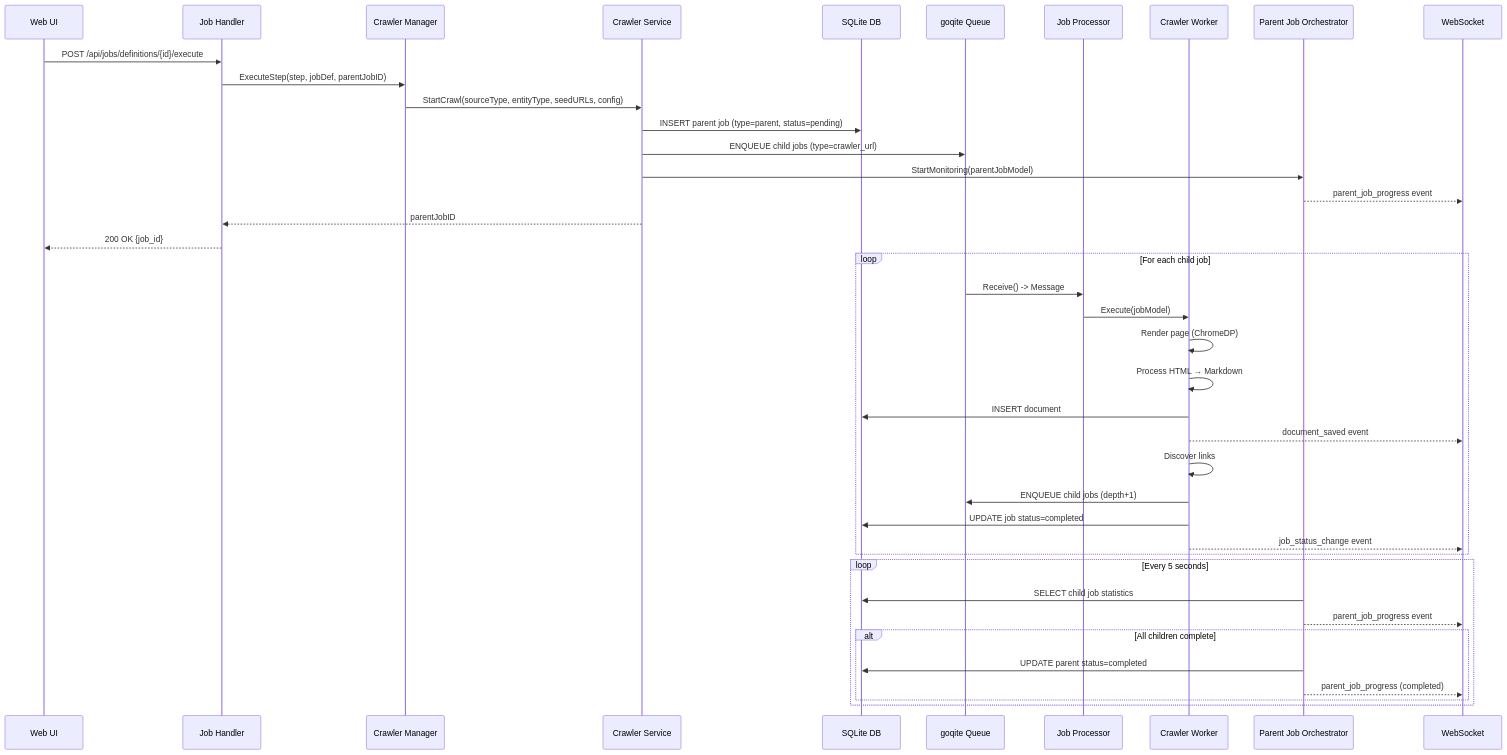
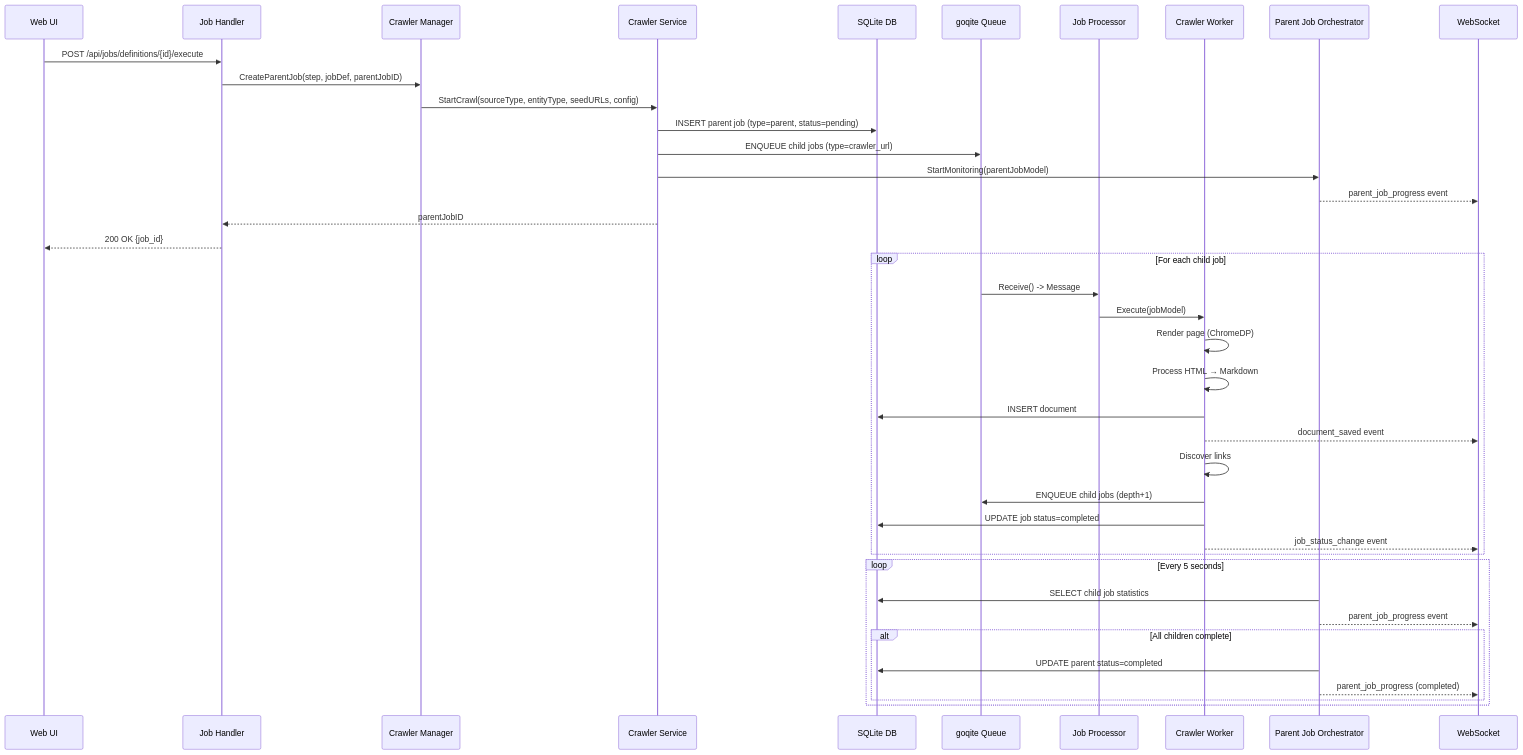
One commit to ternarybob/quaero changed the second of 2 diagrams in docs/architecture/MANAGER_WORKER_ARCHITECTURE.md. Above: the diagram before and after it, drawn with Mermaid. The commit also changed other lines of this file and 62 other files, not shown here.

````diff
--- a/docs/architecture/MANAGER_WORKER_ARCHITECTURE.md
+++ b/docs/architecture/MANAGER_WORKER_ARCHITECTURE.md
@@ -227,48 +227,48 @@
 ```mermaid
 sequenceDiagram
     participant UI as Web UI
     participant Handler as Job Handler
     participant Manager as Crawler Manager
     participant Service as Crawler Service
     participant DB as SQLite DB
     participant Queue as goqite Queue
     participant Processor as Job Processor
     participant Worker as Crawler Worker
     participant Orchestrator as Parent Job Orchestrator
     participant WS as WebSocket
 
     %% Phase 1: Job Creation (Orchestration Layer)
     UI->>Handler: POST /api/jobs/definitions/{id}/execute
-    Handler->>Manager: ExecuteStep(step, jobDef, parentJobID)
+    Handler->>Manager: CreateParentJob(step, jobDef, parentJobID)
     Manager->>Service: StartCrawl(sourceType, entityType, seedURLs, config)
     Service->>DB: INSERT parent job (type=parent, status=pending)
     Service->>Queue: ENQUEUE child jobs (type=crawler_url)
     Service->>Orchestrator: StartMonitoring(parentJobModel)
     Orchestrator-->>WS: parent_job_progress event
     Service-->>Handler: parentJobID
     Handler-->>UI: 200 OK {job_id}
 
     %% Phase 2: Job Execution (Worker Layer)
     loop For each child job
         Queue->>Processor: Receive() -> Message
         Processor->>Worker: Execute(jobModel)
         Worker->>Worker: Render page (ChromeDP)
         Worker->>Worker: Process HTML → Markdown
         Worker->>DB: INSERT document
         Worker-->>WS: document_saved event
         Worker->>Worker: Discover links
         Worker->>Queue: ENQUEUE child jobs (depth+1)
         Worker->>DB: UPDATE job status=completed
         Worker-->>WS: job_status_change event
     end
 
     %% Phase 3: Progress Monitoring (Orchestration Layer)
     loop Every 5 seconds
         Orchestrator->>DB: SELECT child job statistics
         Orchestrator-->>WS: parent_job_progress event
         alt All children complete
             Orchestrator->>DB: UPDATE parent status=completed
             Orchestrator-->>WS: parent_job_progress (completed)
         end
     end
 ```
````
